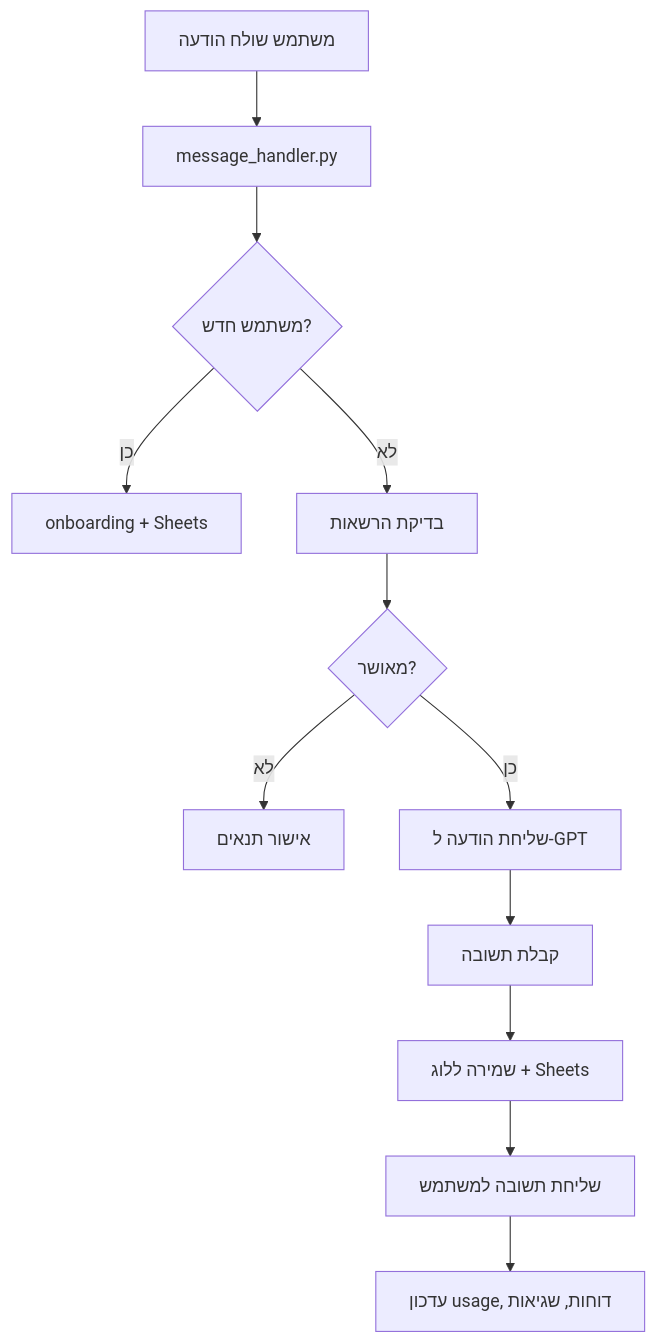
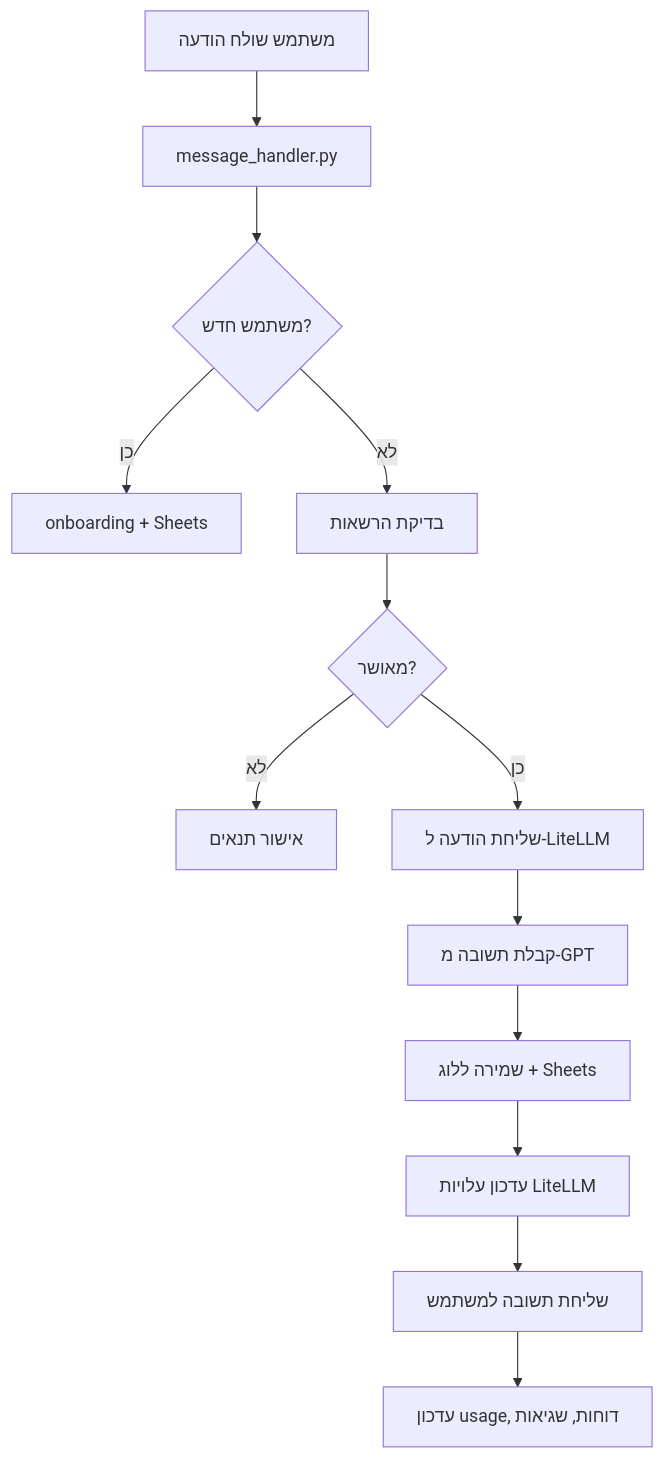
Before and after one commit to omer-studio/telegram-bot: the diagram in README.md, drawn with Mermaid. The commit also changed other lines of this file and 10 other files, not shown here.

````diff
--- a/README.md
+++ b/README.md
@@ -90,14 +123,15 @@
 ```mermaid
 graph TD
     A[משתמש שולח הודעה] --> B[message_handler.py]
     B --> C{משתמש חדש?}
     C -- כן --> D[onboarding + Sheets]
     C -- לא --> E[בדיקת הרשאות]
     E --> F{מאושר?}
     F -- לא --> G[אישור תנאים]
-    F -- כן --> H[שליחת הודעה ל-GPT]
-    H --> I[קבלת תשובה]
+    F -- כן --> H[שליחת הודעה ל-LiteLLM]
+    H --> I[קבלת תשובה מ-GPT]
     I --> J[שמירה ללוג + Sheets]
-    J --> K[שליחת תשובה למשתמש]
-    K --> L[עדכון usage, דוחות, שגיאות]
+    J --> K[עדכון עלויות LiteLLM]
+    K --> L[שליחת תשובה למשתמש]
+    L --> M[עדכון usage, דוחות, שגיאות]
 ```
````
